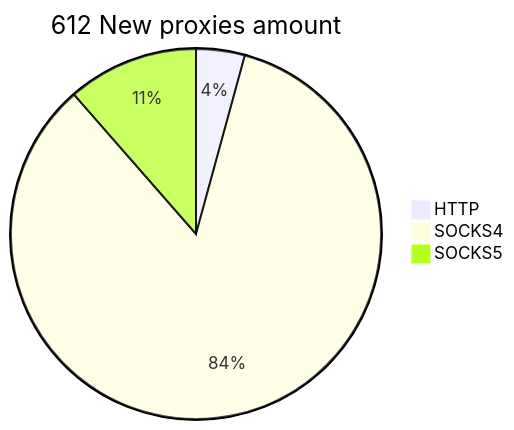
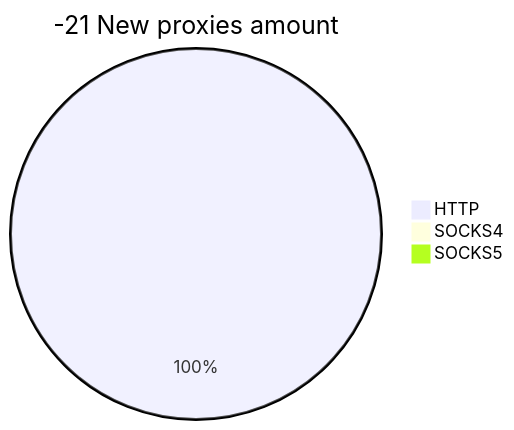
The second of 2 diagrams in README.md (cutipu/proxylist), drawn with Mermaid before and after one commit. The commit also changed other lines of this file, not shown here.

````diff
--- a/README.md
+++ b/README.md
@@ -10,6 +10,6 @@
 ```mermaid
-pie title 612 New proxies amount
-    "HTTP" : 26
-    "SOCKS4" : 516
-    "SOCKS5" : 70
+pie title -21 New proxies amount
+    "HTTP" : 1
+    "SOCKS4" : 0
+    "SOCKS5" : 0
 ```
````
